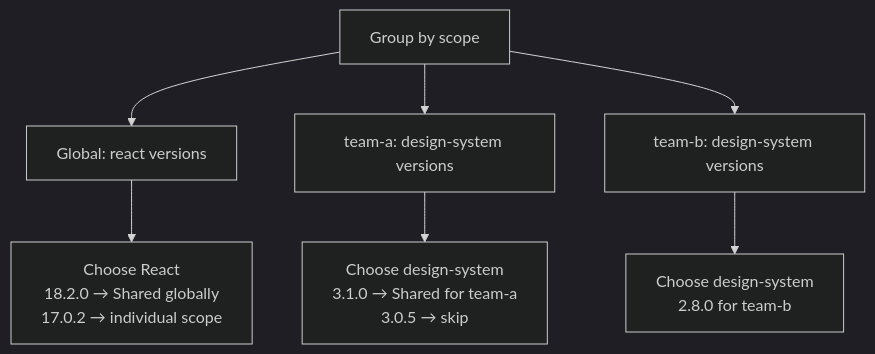
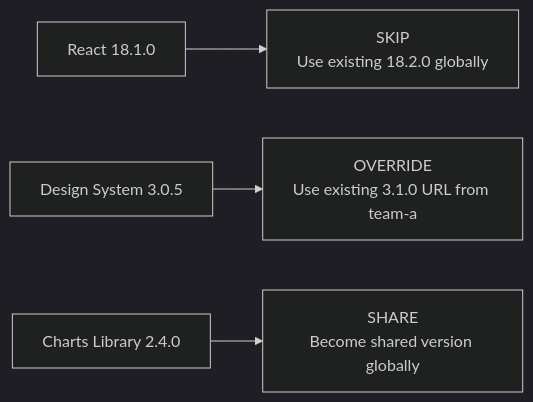
The fifth of 7 diagrams in docs/version-resolver.md (topicusonderwijs/vanilla-native-federation), drawn with Mermaid (dark theme) before and after one commit. The commit also changed other lines of this file and 2 other files, not shown here.

````diff
--- a/docs/version-resolver.md
+++ b/docs/version-resolver.md
@@ -307,10 +372,6 @@
 ```mermaid
-flowchart TD
-    A[Group by scope] --> B[Global: react versions]
-    A --> C[team-a: design-system versions]  
-    A --> D[team-b: design-system versions]
-    
-    B --> E[Choose React <br/> 18.2.0 → Shared globally <br/> 17.0.2 → individual scope]
-    C --> F[Choose design-system <br/> 3.1.0  → Shared for team-a<br/>3.0.5 → skip]
-    D --> G[Choose design-system <br/> 2.8.0 for team-b]
+flowchart LR
+    A[React 18.1.0] --> B[SKIP<br/>Use existing 18.2.0 globally]
+    C[Design System 3.0.5] --> D[OVERRIDE<br/>Use existing 3.1.0 URL from team-a]
+    E[Charts Library 2.4.0] --> F[SHARE<br/>Become shared version globally]
 ```
````
